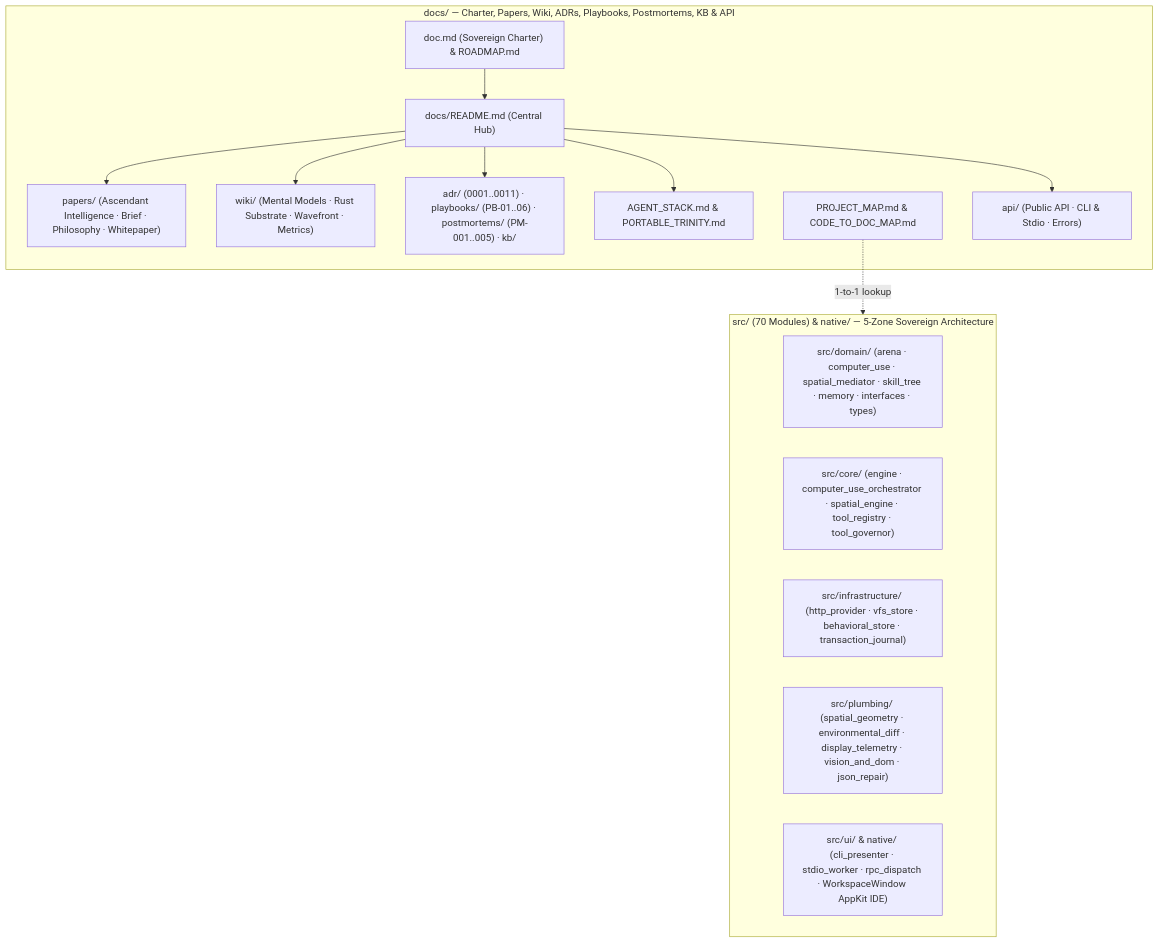
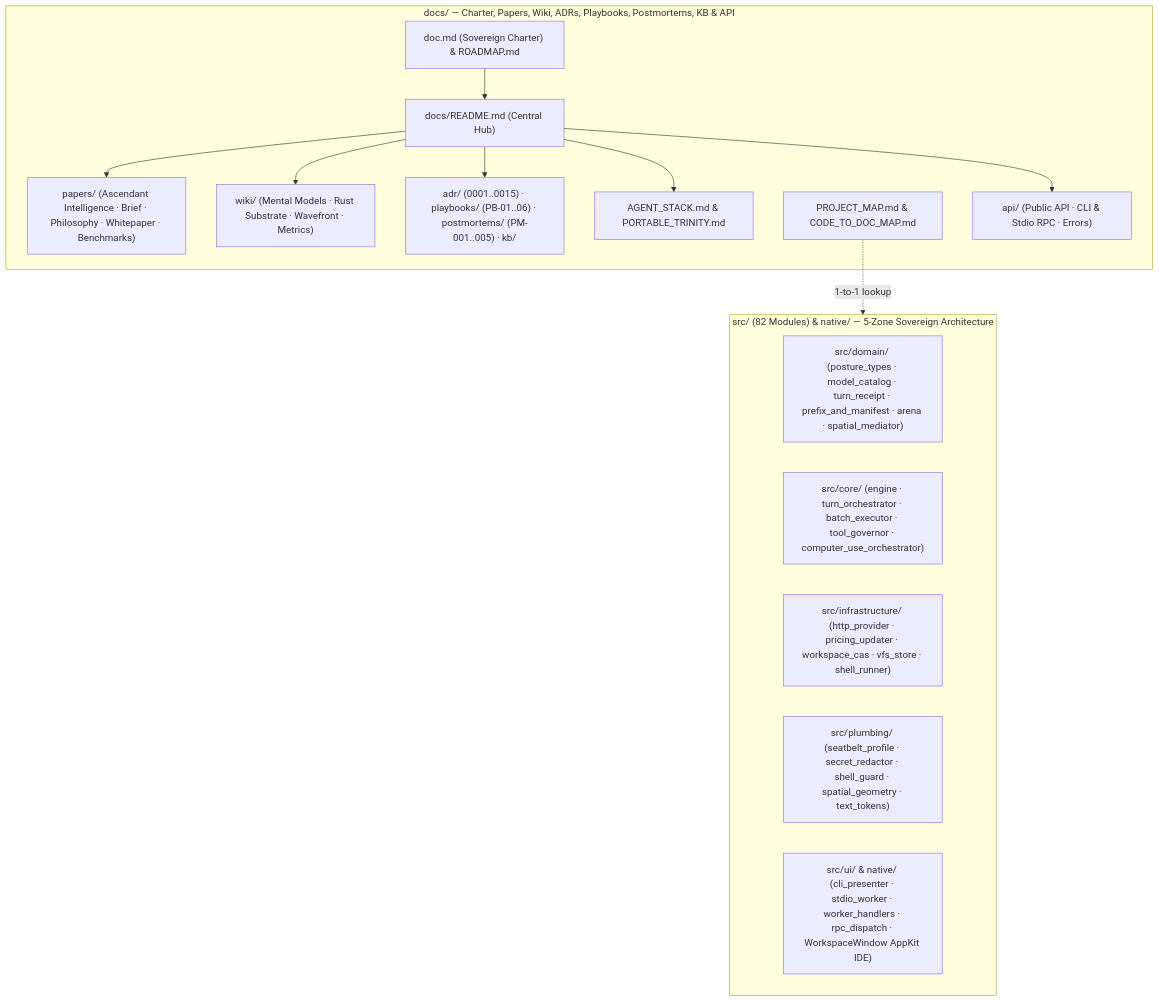
One commit to CardSorting/HEAV3NS-MICRO changed the diagram in docs/README.md. Above: the diagram before and after it, drawn with Mermaid. The commit also changed other lines of this file and 48 other files, not shown here.

Commit message:
feat(catalog,docs): auto-refreshing 2026 frontier model catalog, dynamic pricing registry, ADR-0015 & comprehensive documentation update

````diff
--- a/docs/README.md
+++ b/docs/README.md
@@ -107,27 +109,27 @@
 ```mermaid
 flowchart TB
   subgraph docs ["docs/ — Charter, Papers, Wiki, ADRs, Playbooks, Postmortems, KB & API"]
     CHARTER["doc.md (Sovereign Charter) & ROADMAP.md"]
     README["docs/README.md (Central Hub)"]
-    PAP["papers/ (Ascendant Intelligence · Brief · Philosophy · Whitepaper)"]
+    PAP["papers/ (Ascendant Intelligence · Brief · Philosophy · Whitepaper · Benchmarks)"]
     WIKI["wiki/ (Mental Models · Rust Substrate · Wavefront · Metrics)"]
-    MEM["adr/ (0001..0011) · playbooks/ (PB-01..06) · postmortems/ (PM-001..005) · kb/"]
+    MEM["adr/ (0001..0015) · playbooks/ (PB-01..06) · postmortems/ (PM-001..005) · kb/"]
     STACK["AGENT_STACK.md & PORTABLE_TRINITY.md"]
     MAP["PROJECT_MAP.md & CODE_TO_DOC_MAP.md"]
-    API["api/ (Public API · CLI & Stdio · Errors)"]
+    API["api/ (Public API · CLI & Stdio RPC · Errors)"]
   end
-  subgraph code ["src/ (70 Modules) & native/ — 5-Zone Sovereign Architecture"]
-    DOM["src/domain/ (arena · computer_use · spatial_mediator · skill_tree · memory · interfaces · types)"]
-    CORE["src/core/ (engine · computer_use_orchestrator · spatial_engine · tool_registry · tool_governor)"]
-    INFRA["src/infrastructure/ (http_provider · vfs_store · behavioral_store · transaction_journal)"]
-    PLUMB["src/plumbing/ (spatial_geometry · environmental_diff · display_telemetry · vision_and_dom · json_repair)"]
-    UI["src/ui/ & native/ (cli_presenter · stdio_worker · rpc_dispatch · WorkspaceWindow AppKit IDE)"]
+  subgraph code ["src/ (82 Modules) & native/ — 5-Zone Sovereign Architecture"]
+    DOM["src/domain/ (posture_types · model_catalog · turn_receipt · prefix_and_manifest · arena · spatial_mediator)"]
+    CORE["src/core/ (engine · turn_orchestrator · batch_executor · tool_governor · computer_use_orchestrator)"]
+    INFRA["src/infrastructure/ (http_provider · pricing_updater · workspace_cas · vfs_store · shell_runner)"]
+    PLUMB["src/plumbing/ (seatbelt_profile · secret_redactor · shell_guard · spatial_geometry · text_tokens)"]
+    UI["src/ui/ & native/ (cli_presenter · stdio_worker · worker_handlers · rpc_dispatch · WorkspaceWindow AppKit IDE)"]
   end
   CHARTER --> README
   README --> PAP
   README --> WIKI
   README --> MEM
   README --> STACK
   README --> API
   MAP -.->|1-to-1 lookup| code
 ```
````
